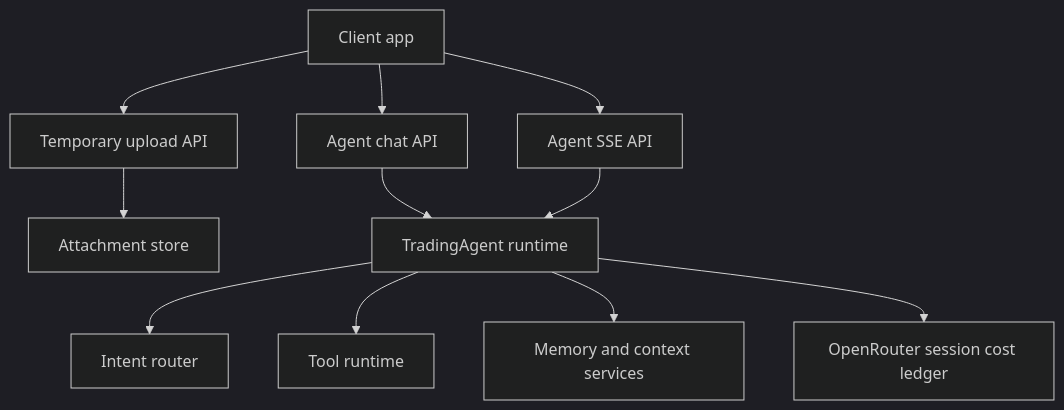
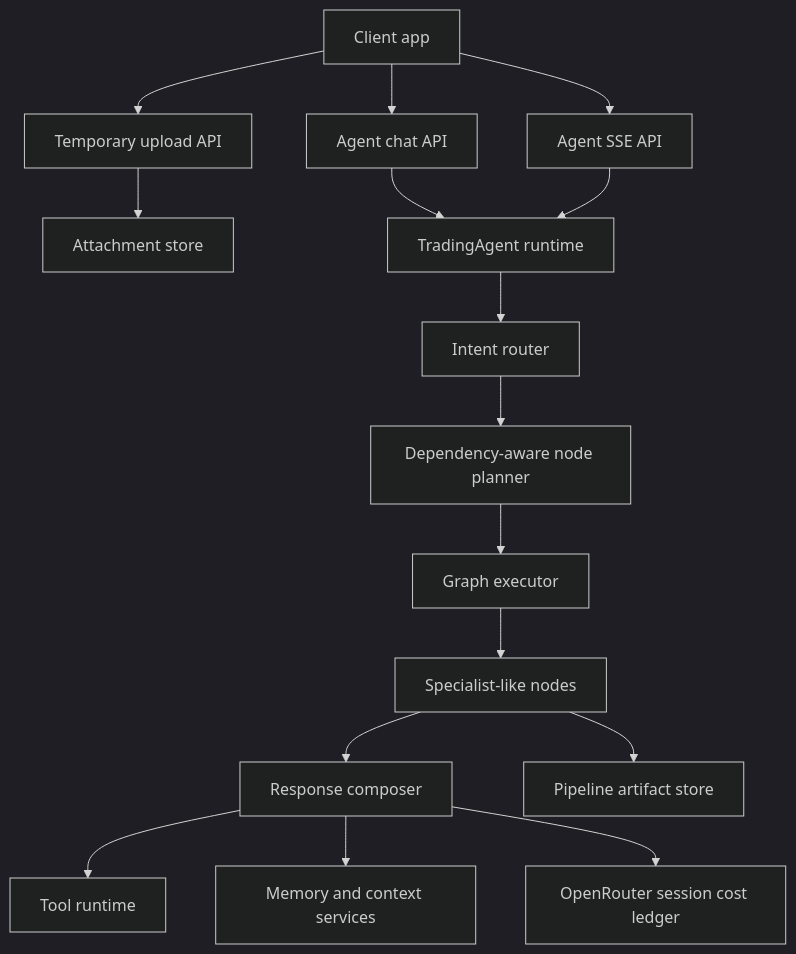
Before and after one commit to FajarArrizki/docs: the first of 4 diagrams in api-reference/agent.mdx, drawn with Mermaid (dark theme). The commit also changed other lines of this file and 1 other file, not shown here.

````diff
--- a/api-reference/agent.mdx
+++ b/api-reference/agent.mdx
@@ -21,13 +22,18 @@
 ```mermaid
 flowchart TD
     A[Client app] --> B[Temporary upload API]
     A --> C[Agent chat API]
     A --> D[Agent SSE API]
     B --> E[Attachment store]
     C --> F[TradingAgent runtime]
     D --> F
     F --> G[Intent router]
-    F --> H[Tool runtime]
-    F --> I[Memory and context services]
-    F --> J[OpenRouter session cost ledger]
+    G --> H[Dependency-aware node planner]
+    H --> I[Graph executor]
+    I --> J[Specialist-like nodes]
+    J --> K[Response composer]
+    K --> L[Tool runtime]
+    K --> M[Memory and context services]
+    K --> N[OpenRouter session cost ledger]
+    J --> O[Pipeline artifact store]
 ```
````
